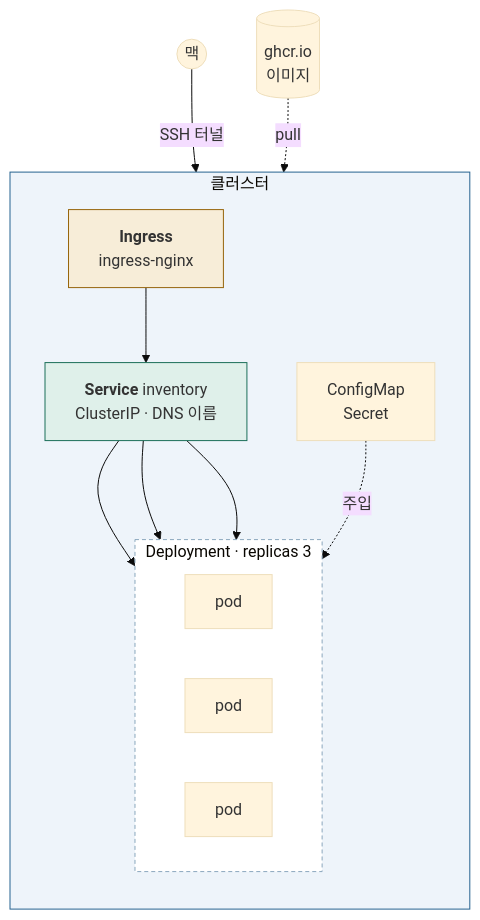
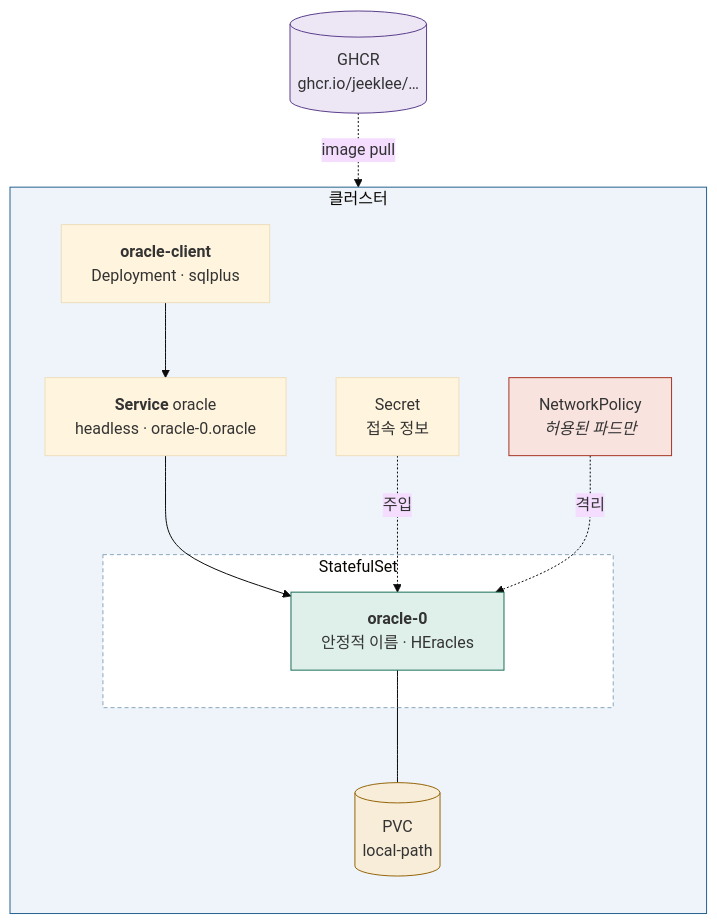
The diagram in docs/stages/stage-04-workloads.md (JeekLee/k8s-study), drawn with Mermaid (base theme) before and after one commit. The commit also changed other lines of this file and 10 other files, not shown here.

````diff
--- a/docs/stages/stage-04-workloads.md
+++ b/docs/stages/stage-04-workloads.md
@@ -13,27 +16,29 @@
 ```mermaid
 graph TB
-    MAC(("맥")) -->|"SSH 터널"| ING
     subgraph CL["클러스터"]
         direction TB
-        ING["<b>Ingress</b><br/>ingress-nginx"]
-        SVC["<b>Service</b> inventory<br/>ClusterIP · DNS 이름"]
-        subgraph PODS["Deployment · replicas 3"]
-            direction LR
-            P1["pod"]
-            P2["pod"]
-            P3["pod"]
+        CLI["<b>oracle-client</b><br/>Deployment · sqlplus"]
+        subgraph STS["StatefulSet"]
+            DB["<b>oracle-0</b><br/>안정적 이름 · HEracles"]
         end
-        CM["ConfigMap<br/>Secret"]
+        HSVC["<b>Service</b> oracle<br/>headless · oracle-0.oracle"]
+        PVC[("PVC<br/>local-path")]
+        SEC["Secret<br/>접속 정보"]
+        NP["NetworkPolicy<br/><i>허용된 파드만</i>"]
     end
-    ING --> SVC
-    SVC --> P1
-    SVC --> P2
-    SVC --> P3
-    CM -.->|주입| PODS
-    GHCR[("ghcr.io<br/>이미지")] -.->|pull| PODS
+    GHCR[("GHCR<br/>ghcr.io/jeeklee/…")]
+
+    GHCR -.image pull.-> DB
+    CLI --> HSVC
+    HSVC --> DB
+    DB --- PVC
+    SEC -.주입.-> DB
+    NP -.격리.-> DB
 
     style CL fill:#eef4fa,stroke:#25628f
-    style PODS fill:#fff,stroke:#8aa7bd,stroke-dasharray: 4 3
-    style SVC fill:#dff0ea,stroke:#1b6e58
-    style ING fill:#f7edd8,stroke:#96650b
+    style STS fill:#fff,stroke:#8aa7bd,stroke-dasharray: 4 3
+    style DB fill:#dff0ea,stroke:#1b6e58
+    style PVC fill:#f7edd8,stroke:#96650b
+    style NP fill:#f8e3df,stroke:#a63525
+    style GHCR fill:#ece6f5,stroke:#5b3f8c
 ```
````
